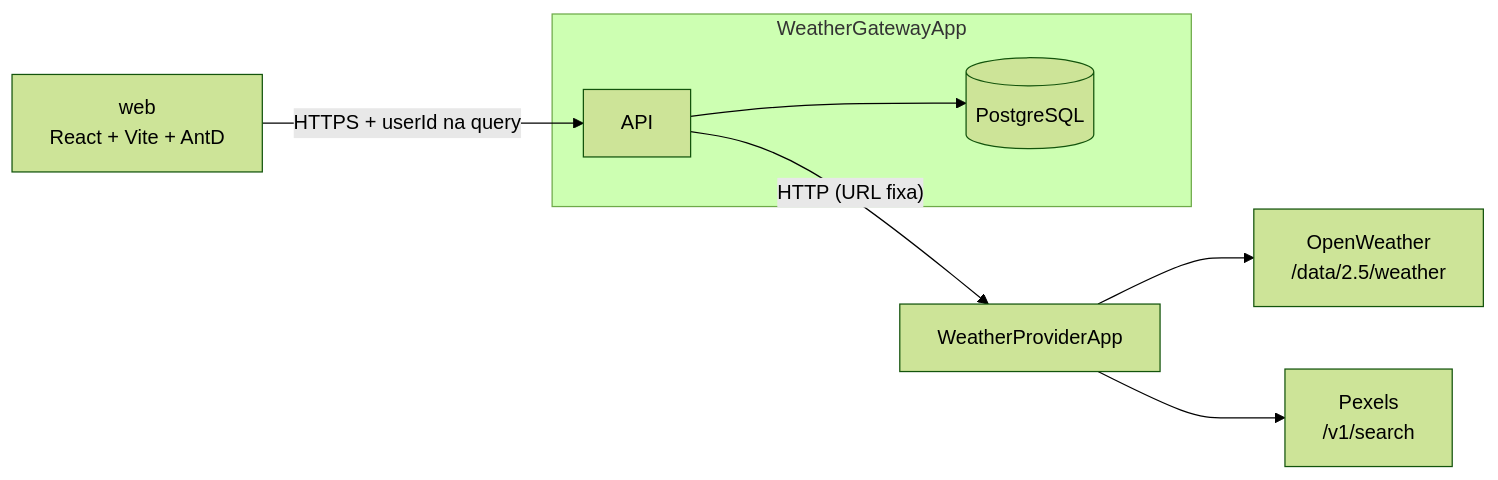
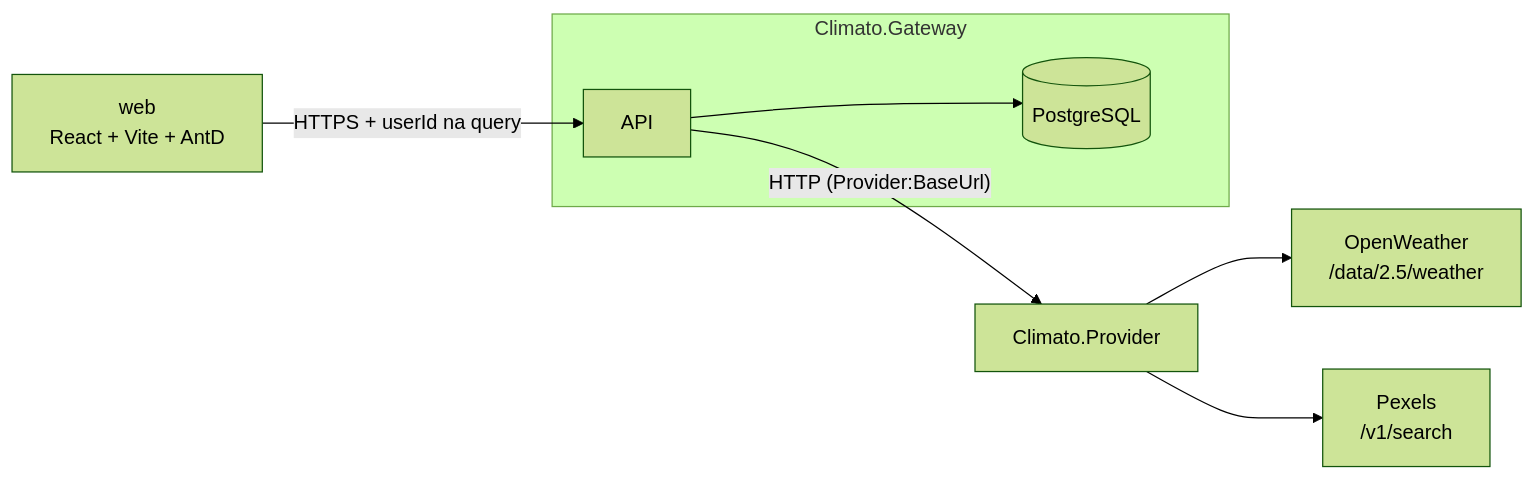
The first of 2 diagrams in docs/architecture/system-design.md (YudiKojima/Climato), drawn with Mermaid (forest theme) before and after one commit. The commit also changed other lines of this file and 13 other files, not shown here.

````diff
--- a/docs/architecture/system-design.md
+++ b/docs/architecture/system-design.md
@@ -9,10 +9,10 @@
 ```mermaid
 flowchart LR
     web["web<br/>React + Vite + AntD"] -- "HTTPS + userId na query" --> gw
-    subgraph Gateway["WeatherGatewayApp"]
+    subgraph Gateway["Climato.Gateway"]
         gw["API"] --> db[(PostgreSQL)]
     end
-    gw -- "HTTP (URL fixa)" --> pv["WeatherProviderApp"]
+    gw -- "HTTP (Provider:BaseUrl)" --> pv["Climato.Provider"]
     pv --> ow["OpenWeather<br/>/data/2.5/weather"]
     pv --> px["Pexels<br/>/v1/search"]
 ```
````
